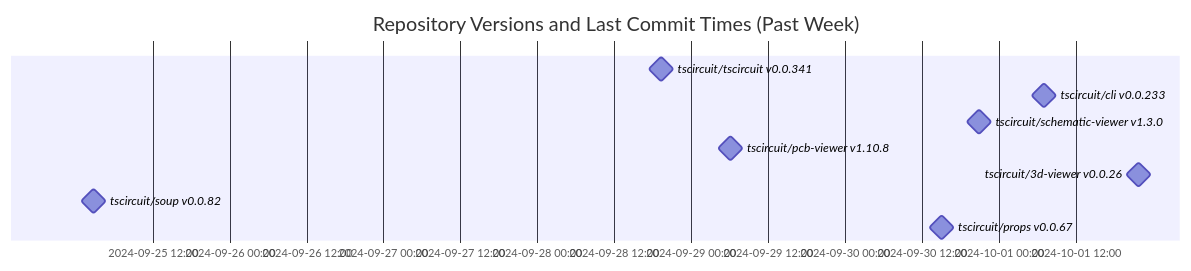
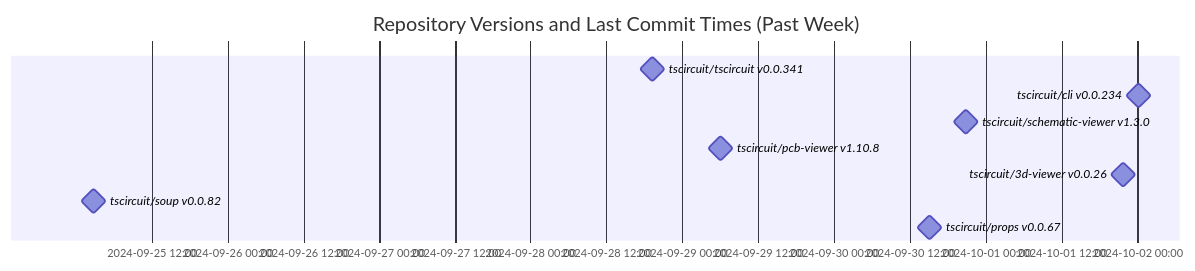
One commit to tscircuit/version-tracker changed the diagram in README.md. Above: the diagram before and after it, drawn with Mermaid.

Commit message:
Update chart

````diff
--- a/README.md
+++ b/README.md
@@ -1,14 +1,14 @@
 ```mermaid
 gantt
   dateFormat  YYYY-MM-DD HH:mm:ss
   title Repository Versions and Last Commit Times (Past Week)
   axisFormat %Y-%m-%d %H:%M
 
   tscircuit/tscircuit v0.0.341 : milestone, 2024-09-28 19:18:49, 1s
-  tscircuit/cli v0.0.233 : milestone, 2024-10-01 07:01:14, 1s
+  tscircuit/cli v0.0.234 : milestone, 2024-10-02 00:10:41, 1s
   tscircuit/schematic-viewer v1.3.0 : milestone, 2024-09-30 20:50:04, 1s
   tscircuit/pcb-viewer v1.10.8 : milestone, 2024-09-29 06:04:46, 1s
   tscircuit/3d-viewer v0.0.26 : milestone, 2024-10-01 21:45:26, 1s
   tscircuit/soup v0.0.82 : milestone, 2024-09-25 02:48:20, 1s
   tscircuit/props v0.0.67 : milestone, 2024-09-30 15:06:17, 1s
 ```
````
